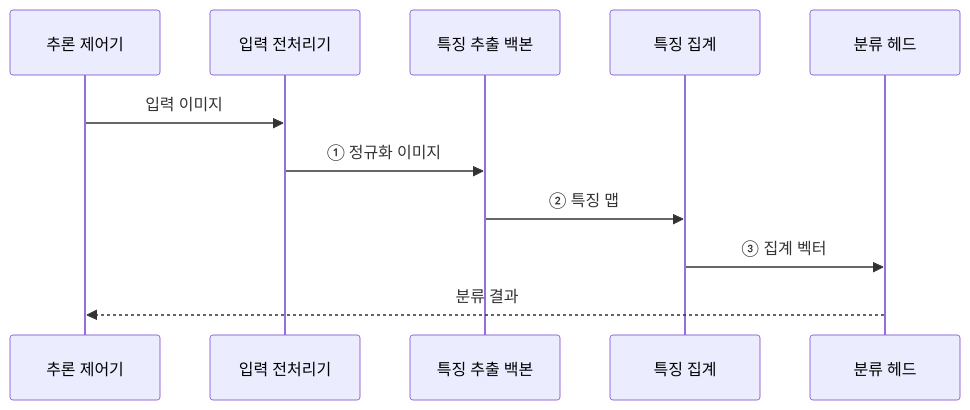
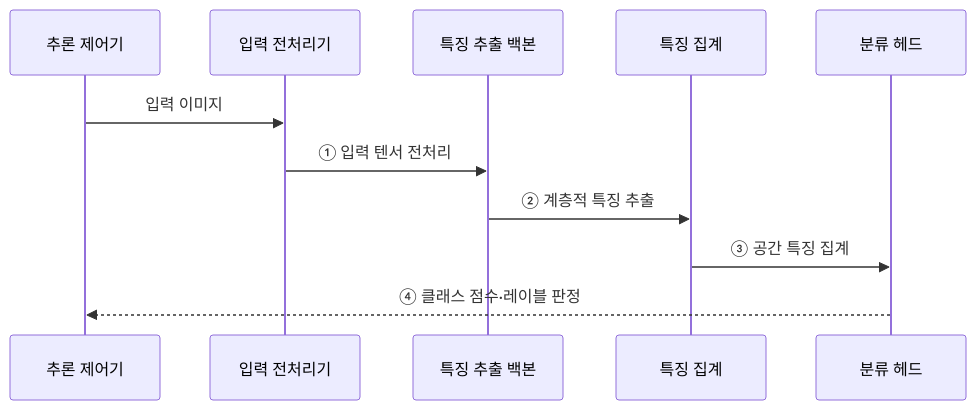
The second of 2 diagrams in src/content/docs/notes/01-basic-theory/056_image_classification.md (agnusdei1207/knowledge-base), drawn with Mermaid before and after one commit. The commit also changed other lines of this file and 19 other files, not shown here.

````diff
--- a/src/content/docs/notes/01-basic-theory/056_image_classification.md
+++ b/src/content/docs/notes/01-basic-theory/056_image_classification.md
@@ -80,13 +82,13 @@
 ```mermaid
 sequenceDiagram
     participant T as 추론 제어기
     participant I as 입력 전처리기
     participant B as 특징 추출 백본
     participant G as 특징 집계
     participant H as 분류 헤드
     T->>I: 입력 이미지
-    I->>B: ① 정규화 이미지
-    B->>G: ② 특징 맵
-    G->>H: ③ 집계 벡터
-    H-->>T: 분류 결과
+    I->>B: ① 입력 텐서 전처리
+    B->>G: ② 계층적 특징 추출
+    G->>H: ③ 공간 특징 집계
+    H-->>T: ④ 클래스 점수·레이블 판정
 ```
````
